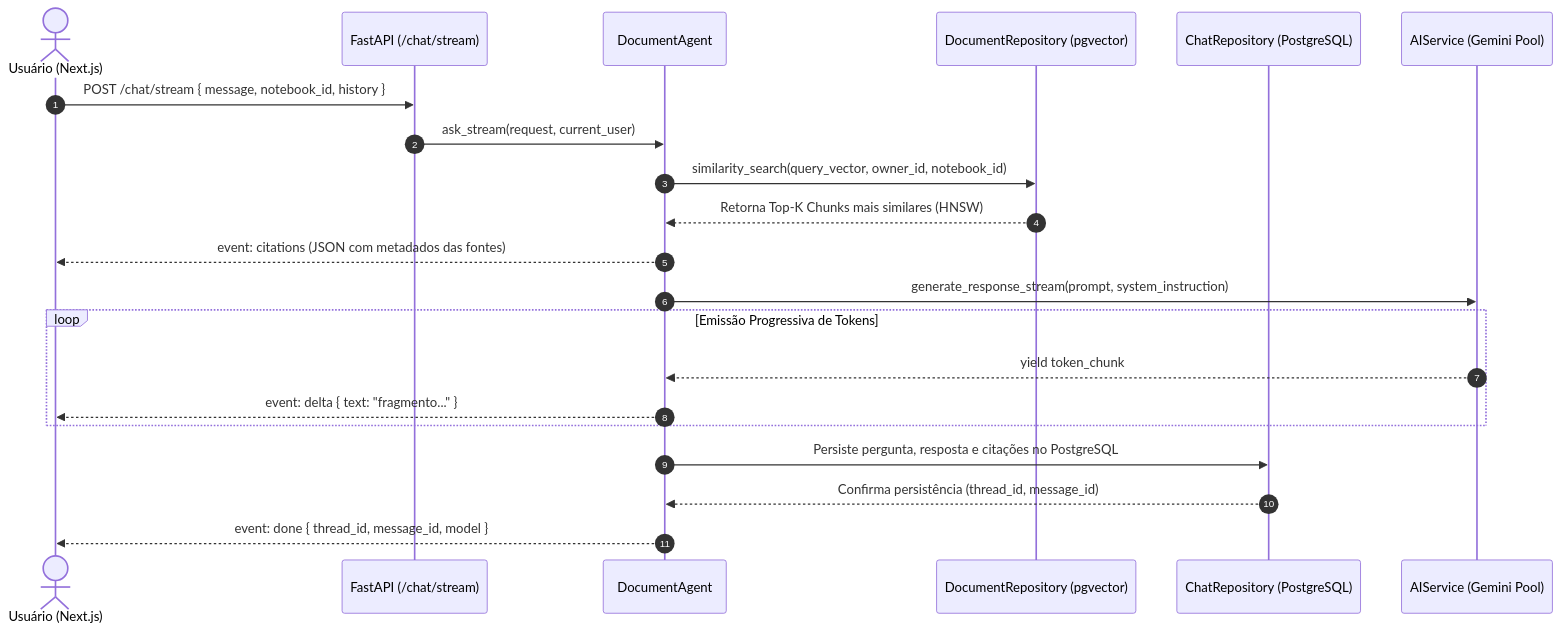
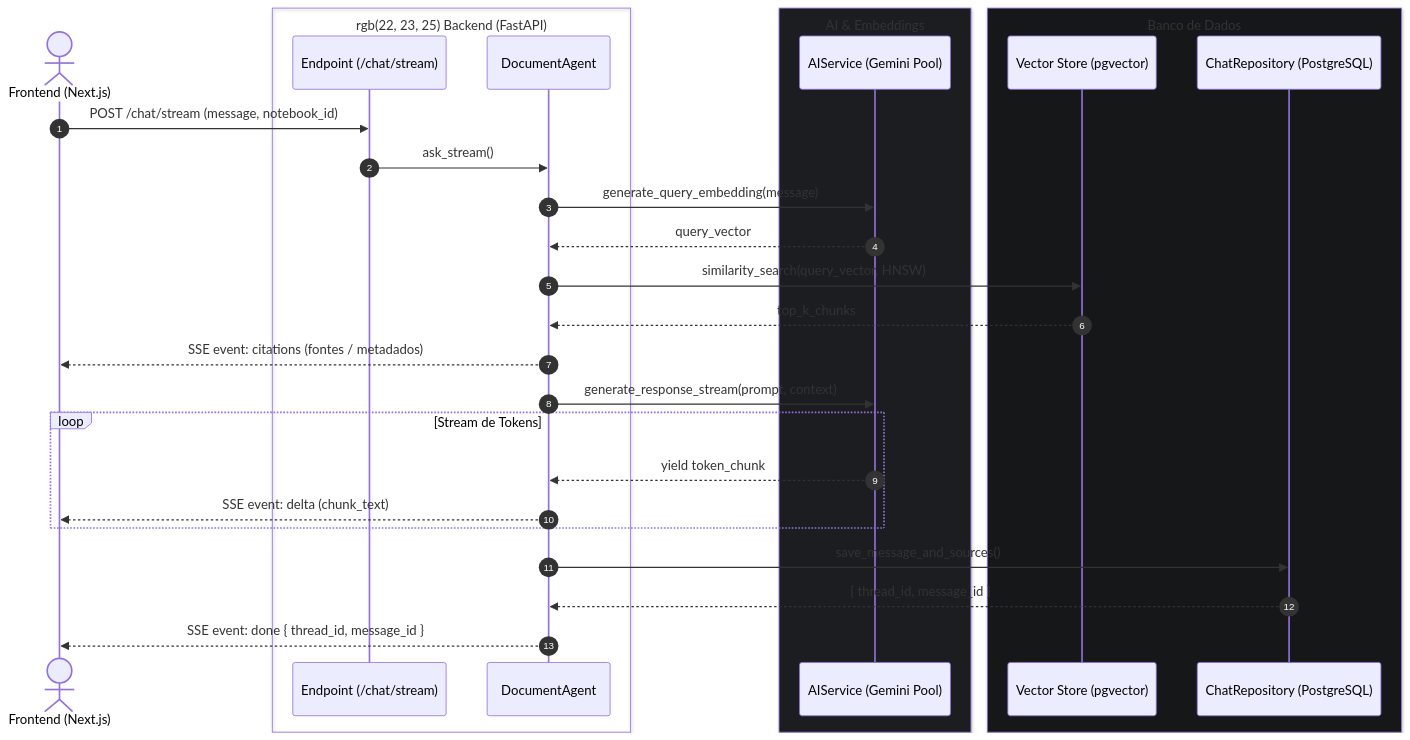
Before and after one commit to WMatias-Dev/document-ai-platform: the second of 2 diagrams in readme.md, drawn with Mermaid.

````diff
--- a/readme.md
+++ b/readme.md
@@ -105,26 +105,44 @@
 ```mermaid
 sequenceDiagram
     autonumber
-    actor User as Usuário (Next.js)
-    participant API as FastAPI (/chat/stream)
-    participant Agent as DocumentAgent
-    participant Repo as DocumentRepository (pgvector)
-    participant ChatRepo as ChatRepository (PostgreSQL)
-    participant Gemini as AIService (Gemini Pool)
+    actor User as Frontend (Next.js)
+    
+    box rgb(22, 23, 25) Backend (FastAPI)
+        participant API as Endpoint (/chat/stream)
+        participant Agent as DocumentAgent
+    end
 
-    User->>API: POST /chat/stream { message, notebook_id, history }
-    API->>Agent: ask_stream(request, current_user)
-    Agent->>Repo: similarity_search(query_vector, owner_id, notebook_id)
-    Repo-->>Agent: Retorna Top-K Chunks mais similares (HNSW)
-    Agent-->>User: event: citations (JSON com metadados das fontes)
-    
-    Agent->>Gemini: generate_response_stream(prompt, system_instruction)
-    loop Emissão Progressiva de Tokens
+    box rgb(28, 29, 32) AI & Embeddings
+        participant Gemini as AIService (Gemini Pool)
+    end
+
+    box rgb(22, 23, 25) Banco de Dados
+        participant VectorDB as Vector Store (pgvector)
+        participant RelDB as ChatRepository (PostgreSQL)
+    end
+
+    %% 1. Início da requisição
+    User->>API: POST /chat/stream (message, notebook_id)
+    API->>Agent: ask_stream()
+
+    %% 2. Embeddings & RAG
+    Agent->>Gemini: generate_query_embedding(message)
+    Gemini-->>Agent: query_vector
+    Agent->>VectorDB: similarity_search(query_vector, HNSW)
+    VectorDB-->>Agent: top_k_chunks
+
+    %% 3. Envio antecipado de fontes (SSE)
+    Agent-->>User: SSE event: citations (fontes / metadados)
+
+    %% 4. Streaming da resposta
+    Agent->>Gemini: generate_response_stream(prompt, context)
+    loop Stream de Tokens
         Gemini-->>Agent: yield token_chunk
-        Agent-->>User: event: delta { text: "fragmento..." }
+        Agent-->>User: SSE event: delta (chunk_text)
     end
-    
-    Agent->>ChatRepo: Persiste pergunta, resposta e citações no PostgreSQL
-    ChatRepo-->>Agent: Confirma persistência (thread_id, message_id)
-    Agent-->>User: event: done { thread_id, message_id, model }
+
+    %% 5. Persistência e Encerramento
+    Agent->>RelDB: save_message_and_sources()
+    RelDB-->>Agent: { thread_id, message_id }
+    Agent-->>User: SSE event: done { thread_id, message_id }
 ```
````
